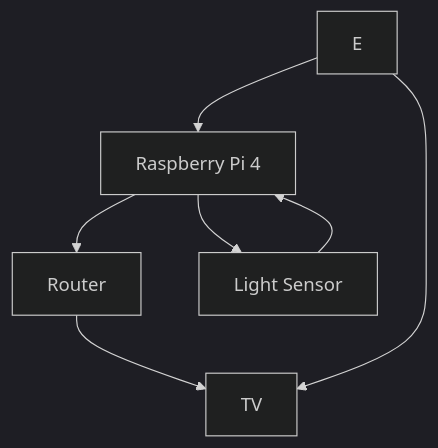
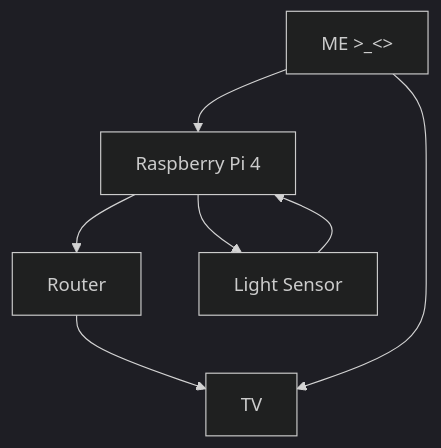
Before and after one commit to AbbieNgXinYi/EGL315-2023-Prac: the first of 2 diagrams in README.md, drawn with Mermaid (dark theme).

````diff
--- a/README.md
+++ b/README.md
@@ -35,10 +35,10 @@
 ```mermaid
 graph TD
 
 A[Raspberry Pi 4]--> B[Router]
 B --> C[TV]
 D[Light Sensor] --> A
 A --> D
-E --> A
+E[ME >_<>] --> A
 E --> C
 ```
````
